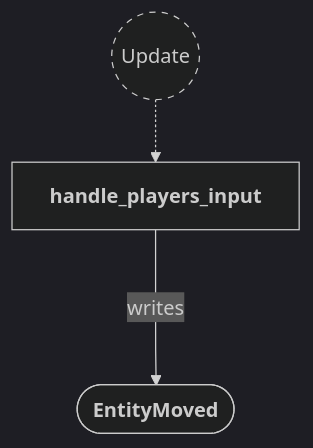
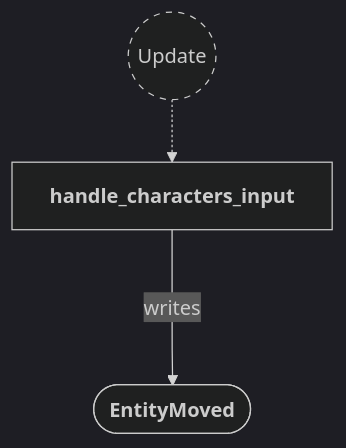
The fifth of 6 diagrams in backlog/docs/doc-2 - 002-Input-plugin.md (neurosoup/tyled), drawn with Mermaid before and after one commit. The commit also changed other lines of this file and 7 other files, not shown here.

````diff
--- a/backlog/docs/doc-2 - 002-Input-plugin.md
+++ b/backlog/docs/doc-2 - 002-Input-plugin.md
@@ -179,18 +185,18 @@
 ```mermaid
 ---
 config:
   theme: dark
 ---
 
 flowchart TD
 classDef system-group stroke-dasharray: 5 5
 
 update(("`Update`")):::system-group
-handle_players_input["`**handle_players_input**`"]
+handle_characters_input["`**handle_characters_input**`"]
 
-update -.-> handle_players_input
+update -.-> handle_characters_input
 
 entity_moved_message(["`**EntityMoved**`"])
 
-handle_players_input ---> |writes| entity_moved_message
+handle_characters_input ---> |writes| entity_moved_message
 ```
````
